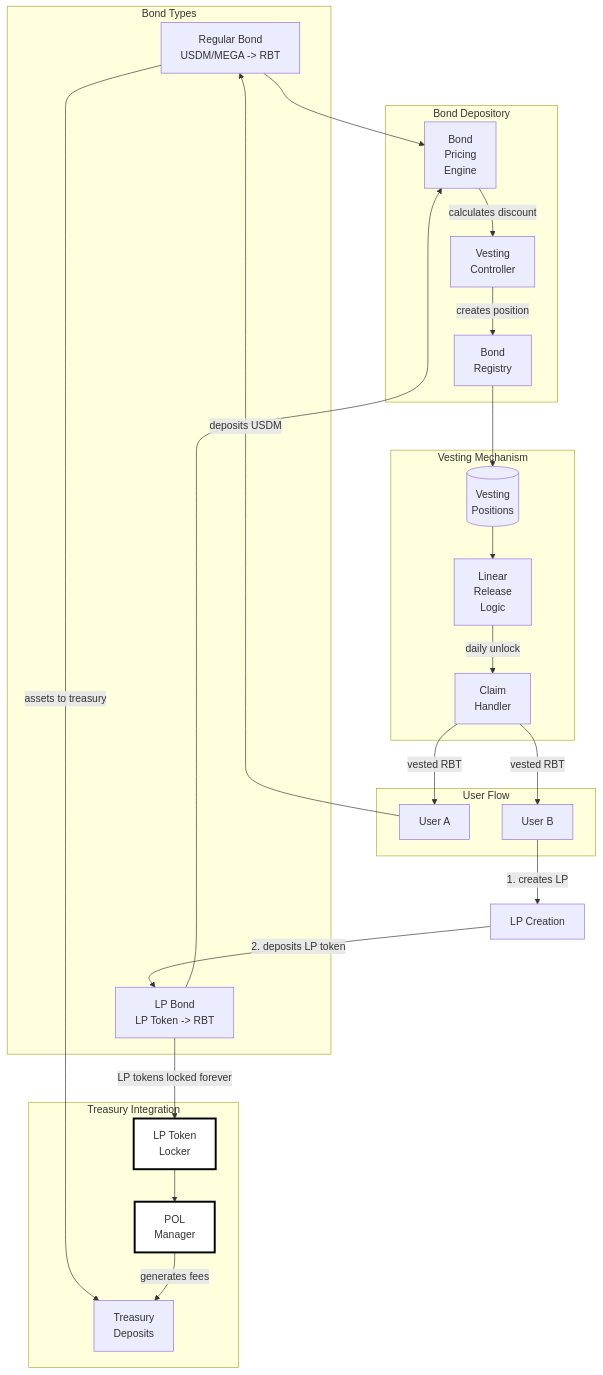
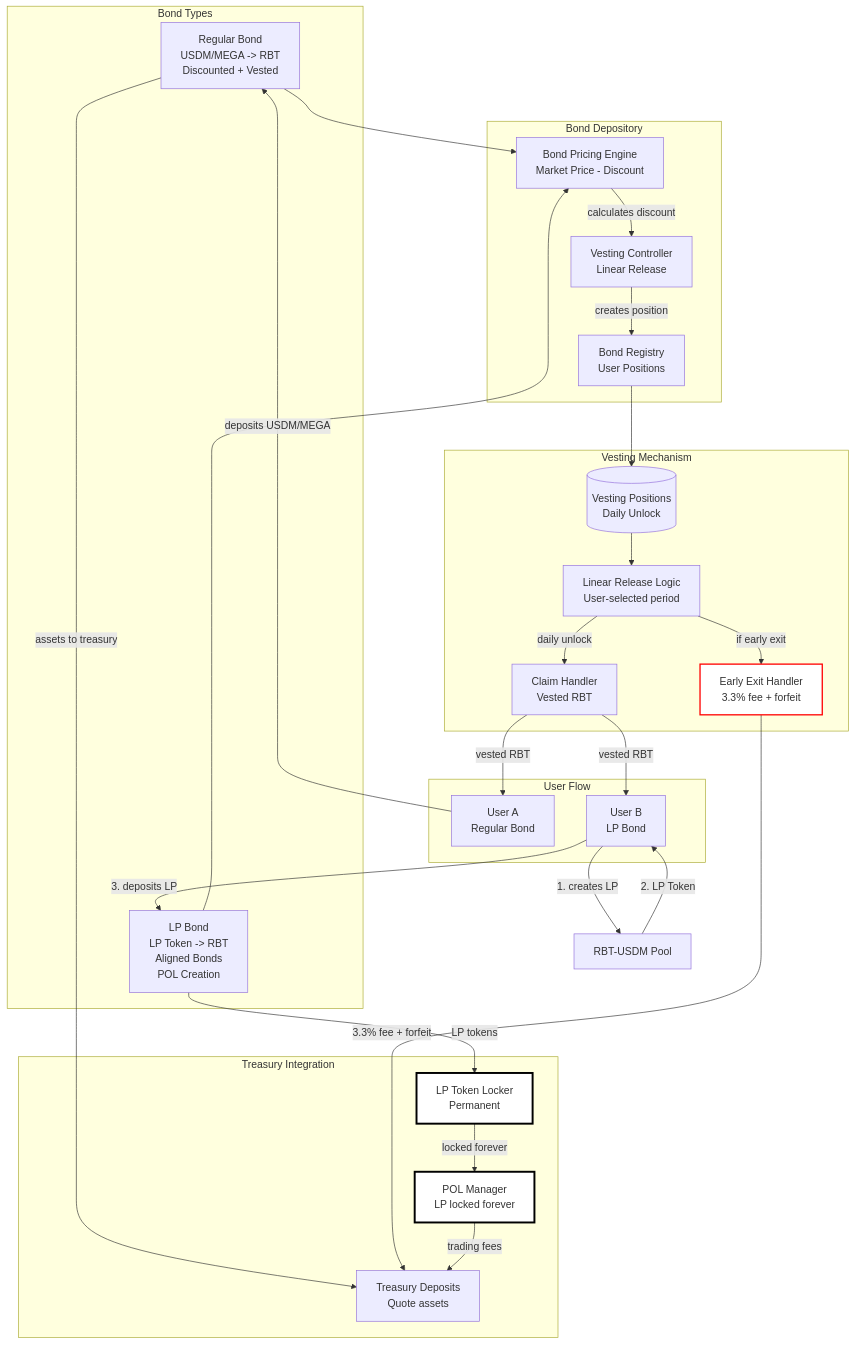
One commit to 0xJaehaerys/ohmega changed the sixth of 7 diagrams in blackhaven-architecture-diagrams.md. Above: the diagram before and after it, drawn with Mermaid. The commit also changed other lines of this file, not shown here.

First line of the commit message:
Rewrite architecture diagrams based on official documentation

````diff
--- a/blackhaven-architecture-diagrams.md
+++ b/blackhaven-architecture-diagrams.md
@@ -178,55 +326,61 @@
 ```mermaid
 graph TB
     subgraph "Bond Types"
-        REGULAR_BOND[Regular Bond<br/>USDM/MEGA -> RBT]
-        LP_BOND[LP Bond<br/>LP Token -> RBT]
+        REGULAR_BOND[Regular Bond<br/>USDM/MEGA -> RBT<br/>Discounted + Vested]
+        LP_BOND[LP Bond<br/>LP Token -> RBT<br/>Aligned Bonds<br/>POL Creation]
     end
     
     subgraph "Bond Depository"
-        PRICING_ENGINE[Bond<br/>Pricing<br/>Engine]
-        VESTING_CONTROLLER[Vesting<br/>Controller]
-        BOND_REGISTRY[Bond<br/>Registry]
+        PRICING_ENGINE[Bond Pricing Engine<br/>Market Price - Discount]
+        VESTING_CONTROLLER[Vesting Controller<br/>Linear Release]
+        BOND_REGISTRY[Bond Registry<br/>User Positions]
     end
     
     subgraph "Vesting Mechanism"
-        VESTING_POSITIONS[(Vesting<br/>Positions)]
-        LINEAR_RELEASE[Linear<br/>Release<br/>Logic]
-        CLAIM_HANDLER[Claim<br/>Handler]
+        VESTING_POSITIONS[(Vesting Positions<br/>Daily Unlock)]
+        LINEAR_RELEASE[Linear Release Logic<br/>User-selected period]
+        CLAIM_HANDLER[Claim Handler<br/>Vested RBT]
+        EARLY_EXIT[Early Exit Handler<br/>3.3% fee + forfeit]
     end
     
     subgraph "Treasury Integration"
-        TREASURY_DEPOSITS[Treasury<br/>Deposits]
-        POL_MANAGER[POL<br/>Manager]
-        LP_LOCKER[LP Token<br/>Locker]
+        TREASURY_DEPOSITS[Treasury Deposits<br/>Quote assets]
+        POL_MANAGER[POL Manager<br/>LP locked forever]
+        LP_LOCKER[LP Token Locker<br/>Permanent]
     end
     
     subgraph "User Flow"
-        USER_REGULAR[User A]
-        USER_LP[User B]
+        USER_REGULAR[User A<br/>Regular Bond]
+        USER_LP[User B<br/>LP Bond]
     end
     
-    USER_REGULAR -->|deposits USDM| REGULAR_BOND
+    USER_REGULAR -->|deposits USDM/MEGA| REGULAR_BOND
     REGULAR_BOND --> PRICING_ENGINE
     
-    USER_LP -->|1. creates LP| LP_CREATION[LP Creation]
-    LP_CREATION -->|2. deposits LP token| LP_BOND
+    USER_LP -->|1. creates LP| LP_CREATION[RBT-USDM Pool]
+    LP_CREATION -->|2. LP Token| USER_LP
+    USER_LP -->|3. deposits LP| LP_BOND
     LP_BOND --> PRICING_ENGINE
     
     PRICING_ENGINE -->|calculates discount| VESTING_CONTROLLER
     VESTING_CONTROLLER -->|creates position| BOND_REGISTRY
     BOND_REGISTRY --> VESTING_POSITIONS
     
     REGULAR_BOND -->|assets to treasury| TREASURY_DEPOSITS
-    LP_BOND -->|LP tokens locked forever| LP_LOCKER
-    LP_LOCKER --> POL_MANAGER
+    LP_BOND -->|LP tokens| LP_LOCKER
+    LP_LOCKER -->|locked forever| POL_MANAGER
     
     VESTING_POSITIONS --> LINEAR_RELEASE
     LINEAR_RELEASE -->|daily unlock| CLAIM_HANDLER
+    LINEAR_RELEASE -->|if early exit| EARLY_EXIT
+    
     CLAIM_HANDLER -->|vested RBT| USER_REGULAR
     CLAIM_HANDLER -->|vested RBT| USER_LP
     
-    POL_MANAGER -->|generates fees| TREASURY_DEPOSITS
+    EARLY_EXIT -->|3.3% fee + forfeit| TREASURY_DEPOSITS
+    POL_MANAGER -->|trading fees| TREASURY_DEPOSITS
     
     style POL_MANAGER fill:#fff,stroke:#000,stroke-width:3px
     style LP_LOCKER fill:#fff,stroke:#000,stroke-width:3px
+    style EARLY_EXIT fill:#fff,stroke:#f00,stroke-width:2px
 ```
````
